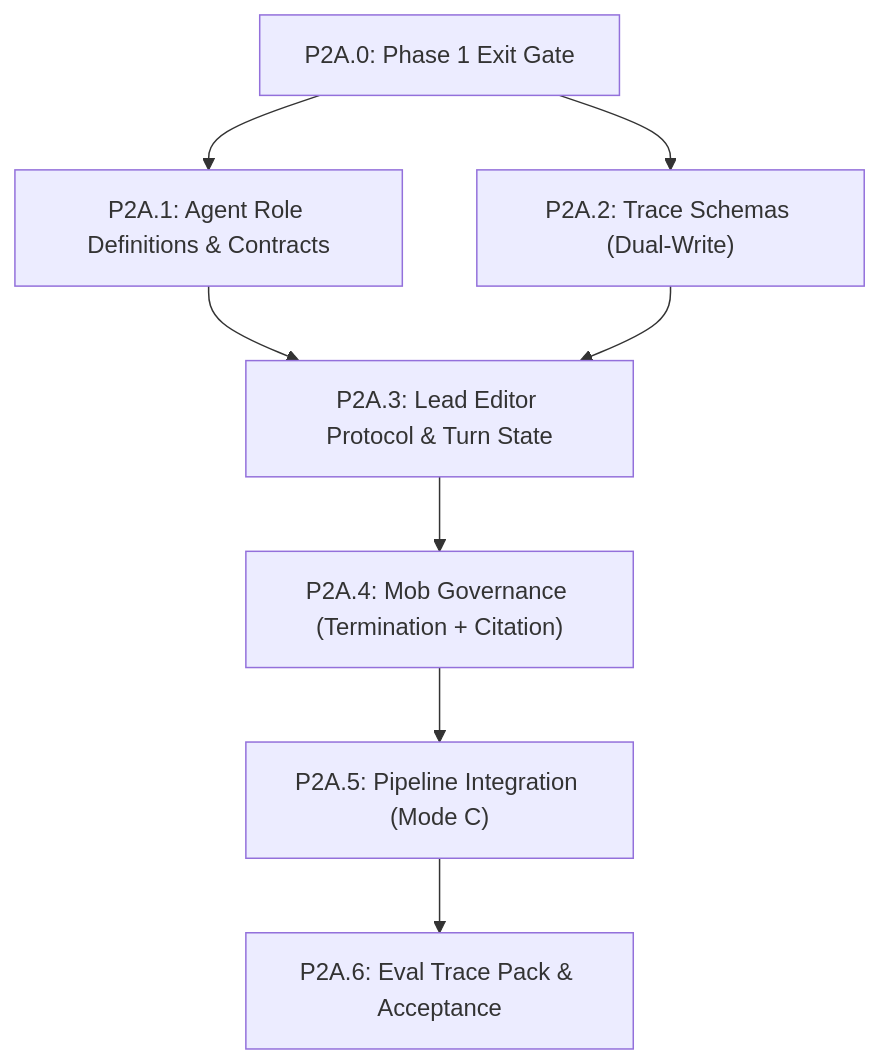
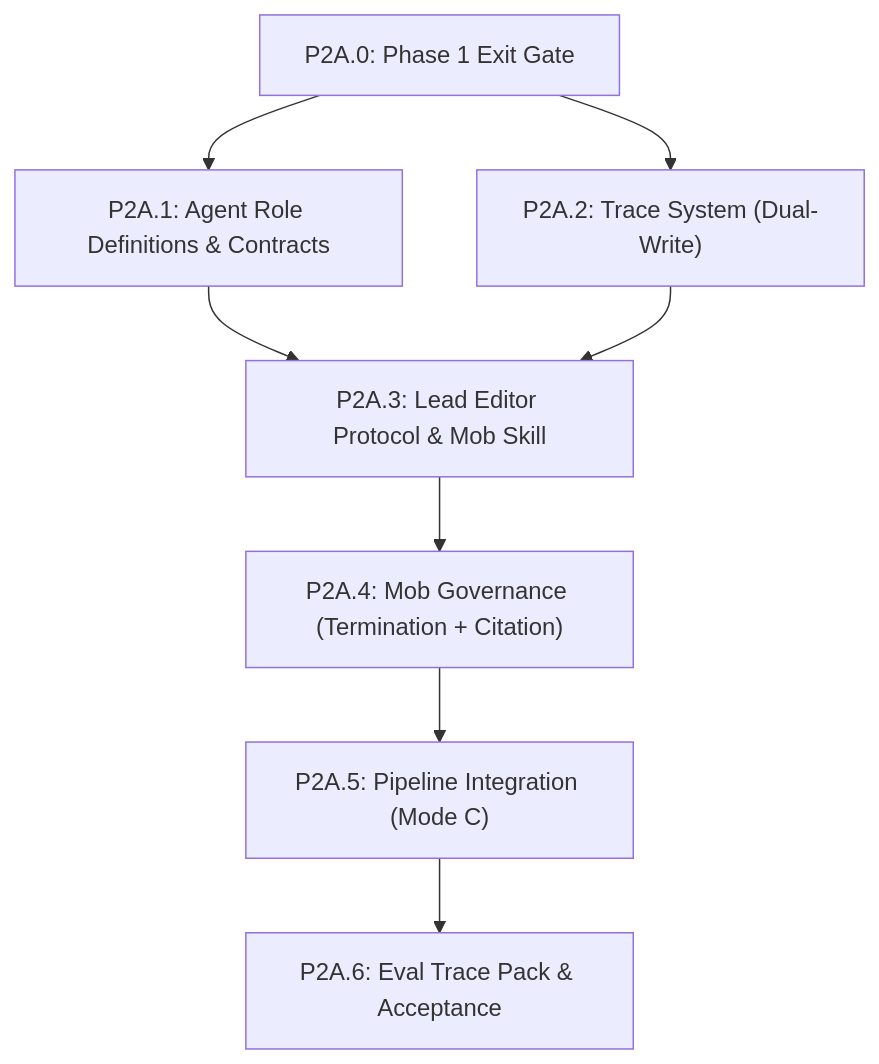
Before and after one commit to Deland78/Claude-Writing-Skills: the diagram in docs/phase2a_detailed_plan.md, drawn with Mermaid. The commit also changed other lines of this file, not shown here.

````diff
--- a/docs/phase2a_detailed_plan.md
+++ b/docs/phase2a_detailed_plan.md
@@ -5,18 +13,18 @@
 ```mermaid
 flowchart TD
     G0["P2A.0: Phase 1 Exit Gate"]
     G1["P2A.1: Agent Role Definitions & Contracts"]
-    G2["P2A.2: Trace Schemas (Dual-Write)"]
-    G3["P2A.3: Lead Editor Protocol & Turn State"]
+    G2["P2A.2: Trace System (Dual-Write)"]
+    G3["P2A.3: Lead Editor Protocol & Mob Skill"]
     G4["P2A.4: Mob Governance (Termination + Citation)"]
     G5["P2A.5: Pipeline Integration (Mode C)"]
     G6["P2A.6: Eval Trace Pack & Acceptance"]
 
     G0 --> G1
     G0 --> G2
     G1 --> G3
     G2 --> G3
     G3 --> G4
     G4 --> G5
     G5 --> G6
 ```
````
